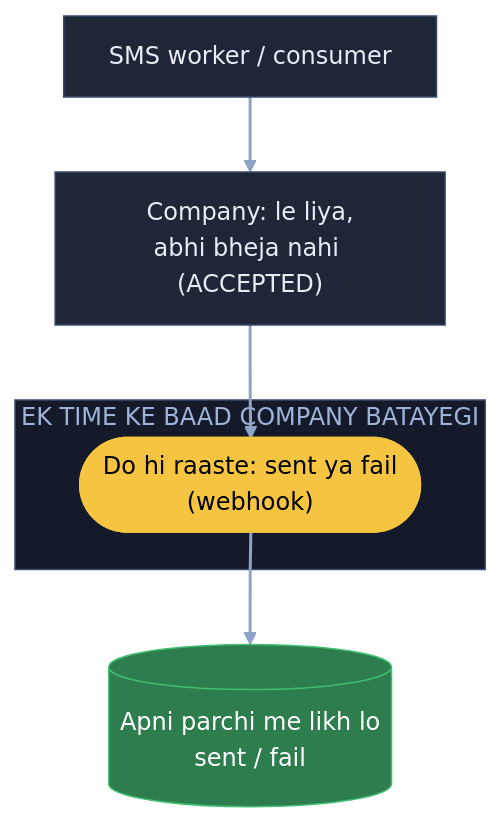
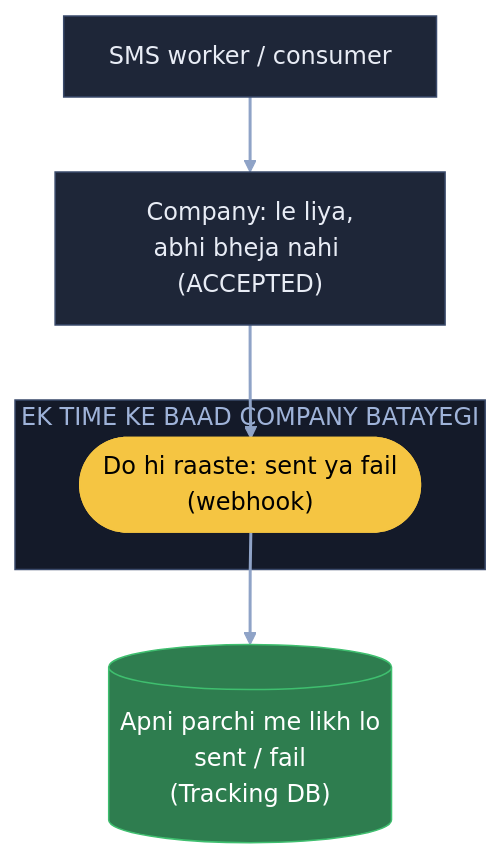
Before and after one commit to ArpanMaheshwari144/Prep: the seventh of 10 diagrams in 04_HLD/SYSTEM_DESIGNS/04_notification_system/04_notification_system.md, drawn with Mermaid. The commit also changed other lines of this file and 22 other files, not shown here.

Commit message:
Diagram: sirf kahani ke dohraaye shabd pe bracket, us jagah notes wala matlab (207 label)

````diff
--- a/04_HLD/SYSTEM_DESIGNS/04_notification_system/04_notification_system.md
+++ b/04_HLD/SYSTEM_DESIGNS/04_notification_system/04_notification_system.md
@@ -331,18 +331,18 @@
 ```mermaid
 flowchart TB
     W["SMS worker / consumer"]:::card
     C["Company: le liya,<br/>abhi bheja nahi (ACCEPTED)"]:::card
     subgraph LB["EK TIME KE BAAD COMPANY BATAYEGI"]
         H(["Do hi raaste: sent ya fail<br/>(webhook)"]):::pill
     end
-    P[("Apni parchi me likh lo<br/>sent / fail")]:::good
+    P[("Apni parchi me likh lo<br/>sent / fail<br/>(Tracking DB)")]:::good
     W --> C
     C --> H
     H --> P
     linkStyle default stroke:#8fa3c7,stroke-width:2px
     classDef card fill:#1e2638,stroke:#3a4a6b,color:#e8ecf5
     classDef pill fill:#f5c542,stroke:#f5c542,color:#000
     classDef good fill:#2e7d4f,stroke:#3fbf6f,color:#fff
     classDef bad fill:#5c1f24,stroke:#e05561,color:#fff
     style LB fill:#141a29,stroke:#3a4a6b,color:#9fb3d9
 ```
````
